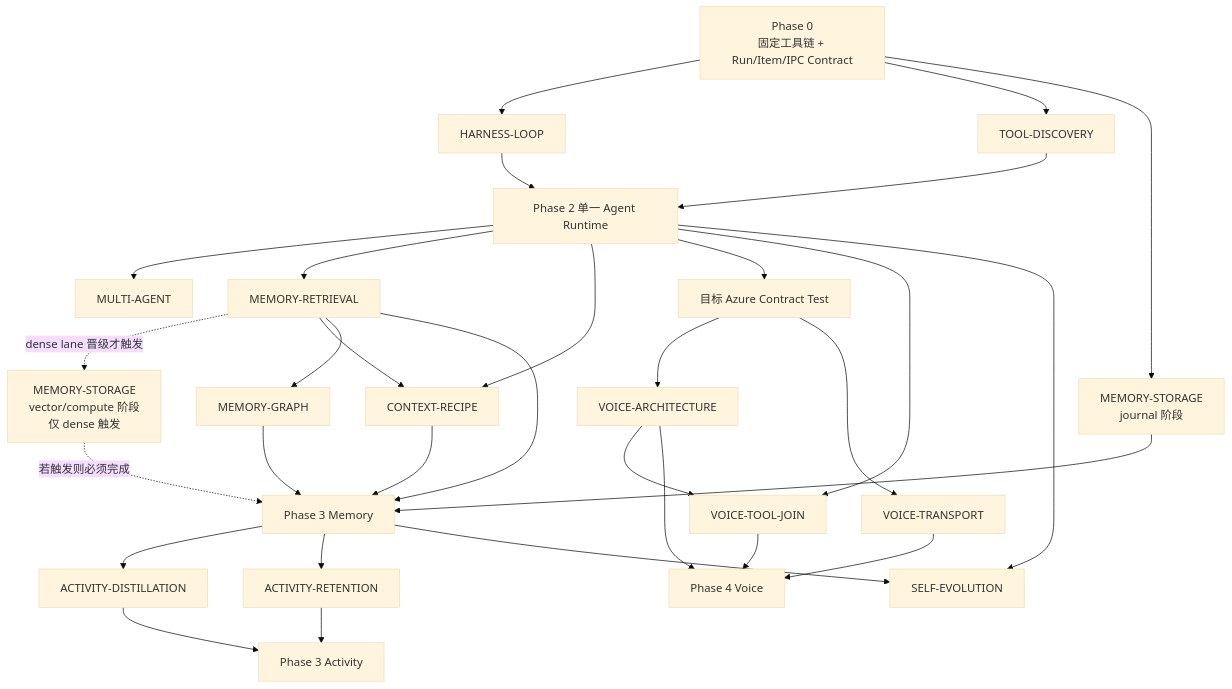
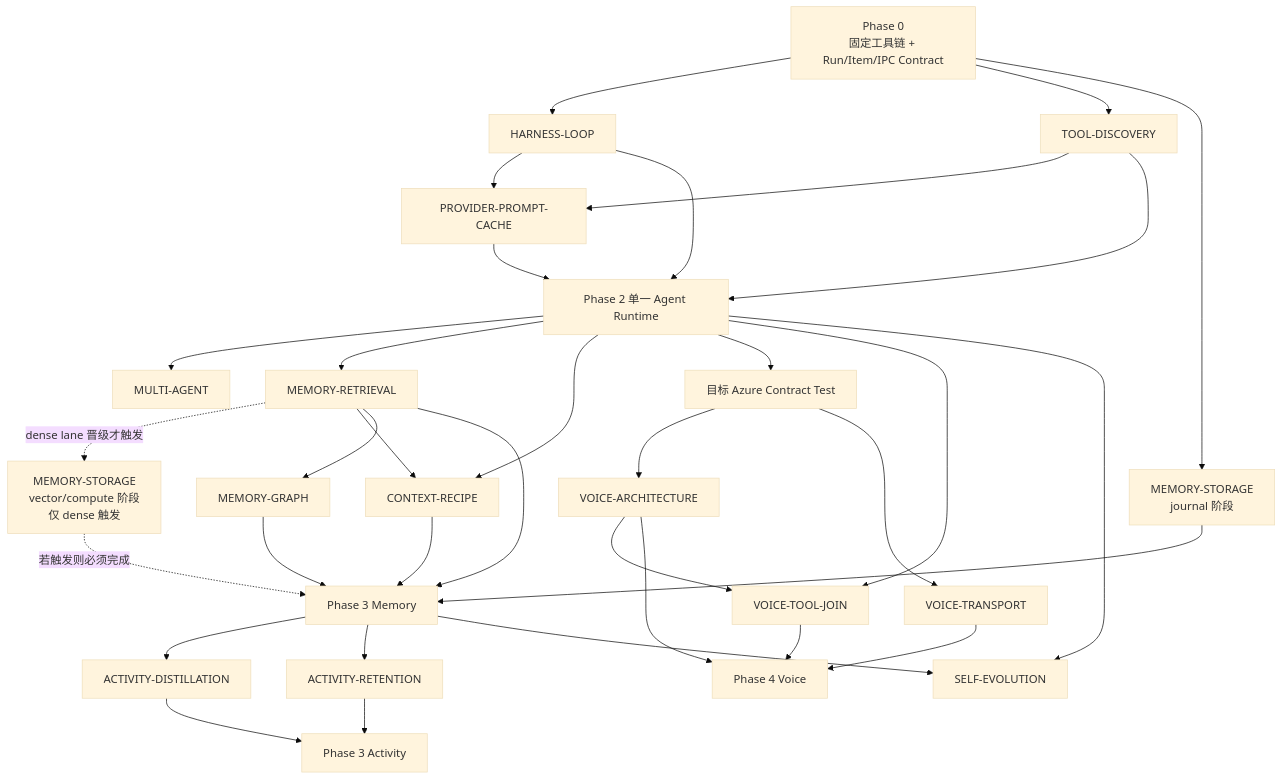
The diagram in refactor-architecture-decisions-2026-07-31.md (MicroYui/chara-mate), drawn with Mermaid (base theme) before and after one commit. The commit also changed other lines of this file and 7 other files, not shown here.

````diff
--- a/refactor-architecture-decisions-2026-07-31.md
+++ b/refactor-architecture-decisions-2026-07-31.md
@@ -219,60 +272,64 @@
 ```mermaid
 flowchart TD
     F["Phase 0<br/>固定工具链 + Run/Item/IPC Contract"]
     H["HARNESS-LOOP"]
     T["TOOL-DISCOVERY"]
+    PC["PROVIDER-PROMPT-CACHE"]
     A["Phase 2 单一 Agent Runtime"]
     MA["MULTI-AGENT"]
 
     SJ["MEMORY-STORAGE<br/>journal 阶段"]
     R["MEMORY-RETRIEVAL"]
     SV["MEMORY-STORAGE<br/>vector/compute 阶段<br/>仅 dense 触发"]
     C["CONTEXT-RECIPE"]
     G["MEMORY-GRAPH"]
     M["Phase 3 Memory"]
     AD["ACTIVITY-DISTILLATION"]
     AR["ACTIVITY-RETENTION"]
     ACT["Phase 3 Activity"]
 
     VC["目标 Azure Contract Test"]
     VA["VOICE-ARCHITECTURE"]
     VT["VOICE-TRANSPORT"]
     VJ["VOICE-TOOL-JOIN"]
     V["Phase 4 Voice"]
 
     SE["SELF-EVOLUTION"]
 
     F --> H
     F --> T
+    H --> PC
+    T --> PC
     H --> A
     T --> A
+    PC --> A
     A --> MA
 
     F --> SJ
     A --> R
     R -.->|dense lane 晋级才触发| SV
     R --> C
     A --> C
     R --> G
     SJ --> M
     R --> M
     SV -.->|若触发则必须完成| M
     C --> M
     G --> M
     M --> AD
     M --> AR
     AD --> ACT
     AR --> ACT
 
     A --> VC
     VC --> VA
     VC --> VT
     A --> VJ
     VA --> VJ
     VA --> V
     VT --> V
     VJ --> V
 
     A --> SE
     M --> SE
 ```
````
